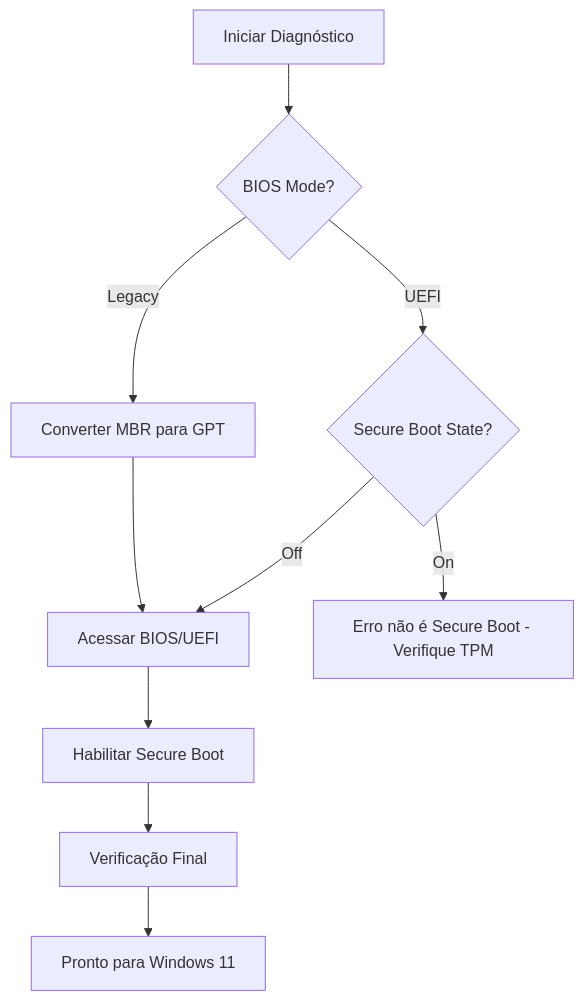
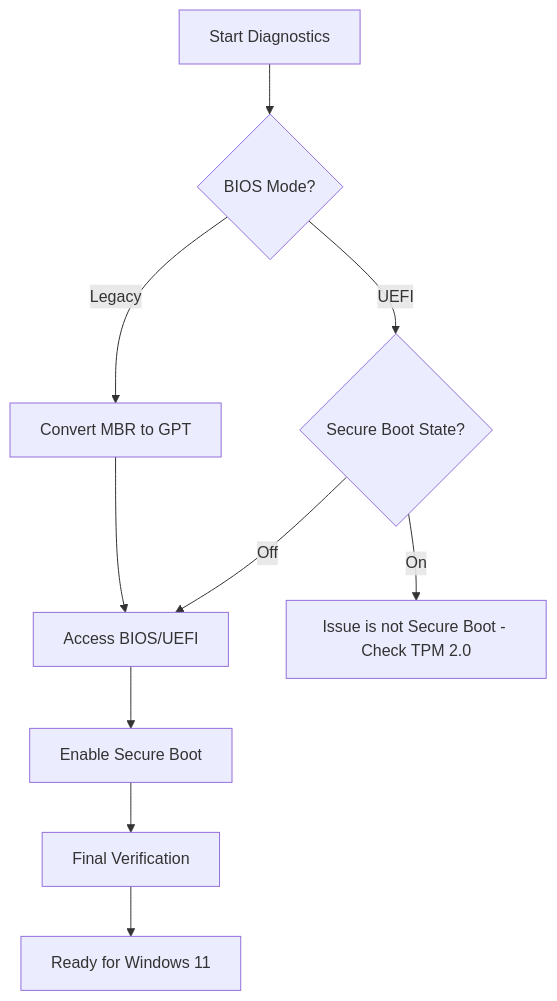
The diagram in docs/02-windows-secureboot-troubleshooting.md (BossiWriter/bossiwriter.github.io), drawn with Mermaid before and after one commit.

Commit message:
docs: change fluxogram language

````diff
--- a/docs/02-windows-secureboot-troubleshooting.md
+++ b/docs/02-windows-secureboot-troubleshooting.md
@@ -67,12 +67,12 @@
 ```mermaid 
 graph TD
-    A[Iniciar Diagnóstico] --> B{BIOS Mode?}
-    B -- Legacy --> C[Converter MBR para GPT]
-    C --> D[Acessar BIOS/UEFI]
+    A[Start Diagnostics] --> B{BIOS Mode?}
+    B -- Legacy --> C[Convert MBR to GPT]
+    C --> D[Access BIOS/UEFI]
     B -- UEFI --> E{Secure Boot State?}
     E -- Off --> D
-    E -- On --> F[Erro não é Secure Boot - Verifique TPM]
-    D --> G[Habilitar Secure Boot]
-    G --> H[Verificação Final]
-    H --> I[Pronto para Windows 11]
+    E -- On --> F[Issue is not Secure Boot - Check TPM 2.0]
+    D --> G[Enable Secure Boot]
+    G --> H[Final Verification]
+    H --> I[Ready for Windows 11]
  ```
````
